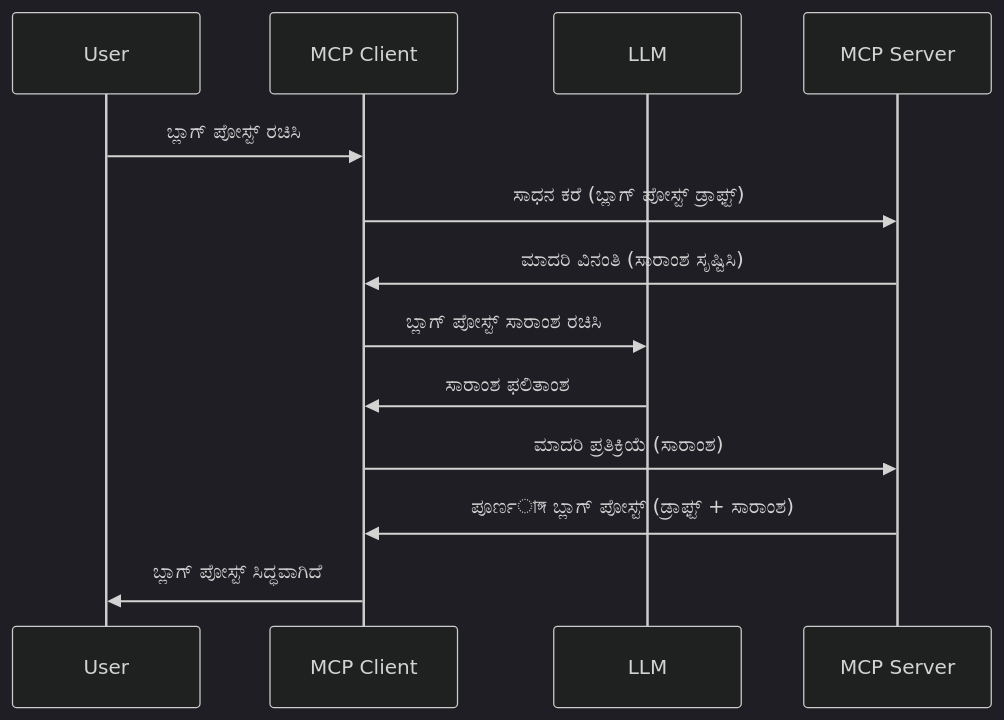
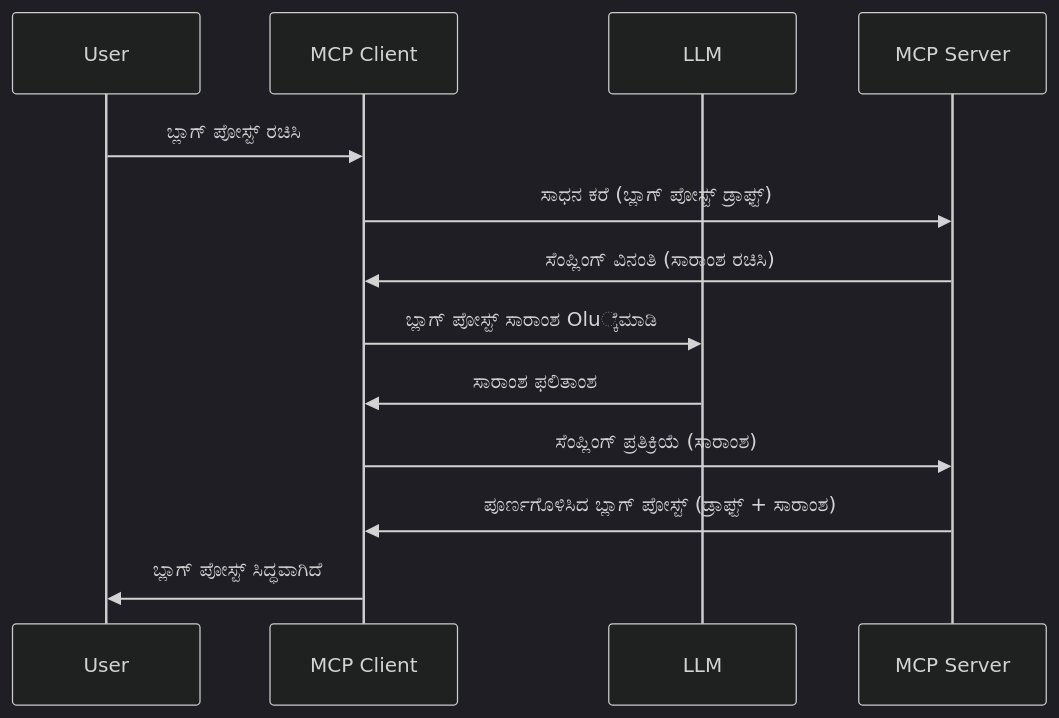
One commit to HIDORAKAI002/ai-workspace-archive changed the diagram in mcp_ecosystem__model_context_protocol/mcp_learning_resources/mcp-for-beginners/translations/kn/03-GettingStarted/14-sampling/README.md. Above: the diagram before and after it, drawn with Mermaid (dark theme). The commit also changed other lines of this file and 1539 other files, not shown here.

````diff
--- a/mcp_ecosystem__model_context_protocol/mcp_learning_resources/mcp-for-beginners/translations/kn/03-GettingStarted/14-sampling/README.md
+++ b/mcp_ecosystem__model_context_protocol/mcp_learning_resources/mcp-for-beginners/translations/kn/03-GettingStarted/14-sampling/README.md
@@ -23,16 +23,16 @@
 ```mermaid
 sequenceDiagram
     participant User
     participant MCP Client
     participant LLM
     participant MCP Server
 
     User->>MCP Client: ಬ್ಲಾಗ್ ಪೋಸ್ಟ್ ರಚಿಸಿ
     MCP Client->>MCP Server: ಸಾಧನ ಕರೆ (ಬ್ಲಾಗ್ ಪೋಸ್ಟ್ ಡ್ರಾಫ್ಟ್)
-    MCP Server->>MCP Client: ಮಾದರಿ ವಿನಂತಿ (ಸಾರಾಂಶ ಸೃಷ್ಟಿಸಿ)
-    MCP Client->>LLM: ಬ್ಲಾಗ್ ಪೋಸ್ಟ್ ಸಾರಾಂಶ ರಚಿಸಿ
+    MCP Server->>MCP Client: ಸೆಂಪ್ಲಿಂಗ್ ವಿನಂತಿ (ಸಾರಾಂಶ ರಚಿಸಿ)
+    MCP Client->>LLM: ಬ್ಲಾಗ್ ಪೋಸ್ಟ್ ಸಾರಾಂಶ Olu್ಕೆಮಾಡಿ
     LLM->>MCP Client: ಸಾರಾಂಶ ಫಲಿತಾಂಶ
-    MCP Client->>MCP Server: ಮಾದರಿ ಪ್ರತಿಕ್ರಿಯೆ (ಸಾರಾಂಶ)
-    MCP Server->>MCP Client: ಪೂರ್ಣাঙ্গ ಬ್ಲಾಗ್ ಪೋಸ್ಟ್ (ಡ್ರಾಫ್ಟ್ + ಸಾರಾಂಶ)
+    MCP Client->>MCP Server: ಸೆಂಪ್ಲಿಂಗ್ ಪ್ರತಿಕ್ರಿಯೆ (ಸಾರಾಂಶ)
+    MCP Server->>MCP Client: ಪೂರ್ಣಗೊಳಿಸಿದ ಬ್ಲಾಗ್ ಪೋಸ್ಟ್ (ಡ್ರಾಫ್ಟ್ + ಸಾರಾಂಶ)
     MCP Client->>User: ಬ್ಲಾಗ್ ಪೋಸ್ಟ್ ಸಿದ್ಧವಾಗಿದೆ
 ```
````
